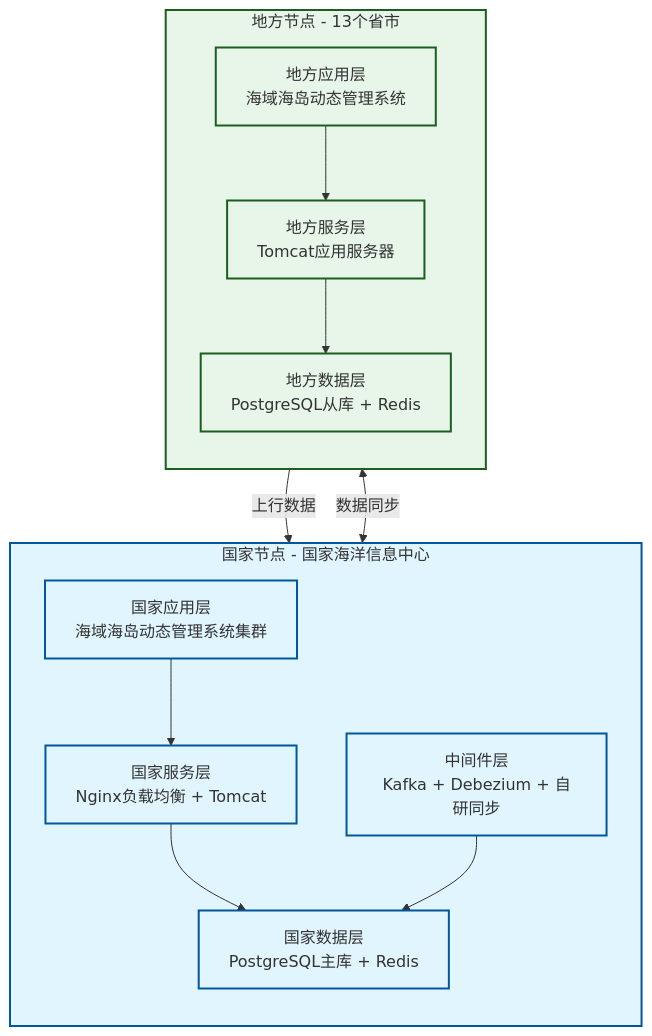
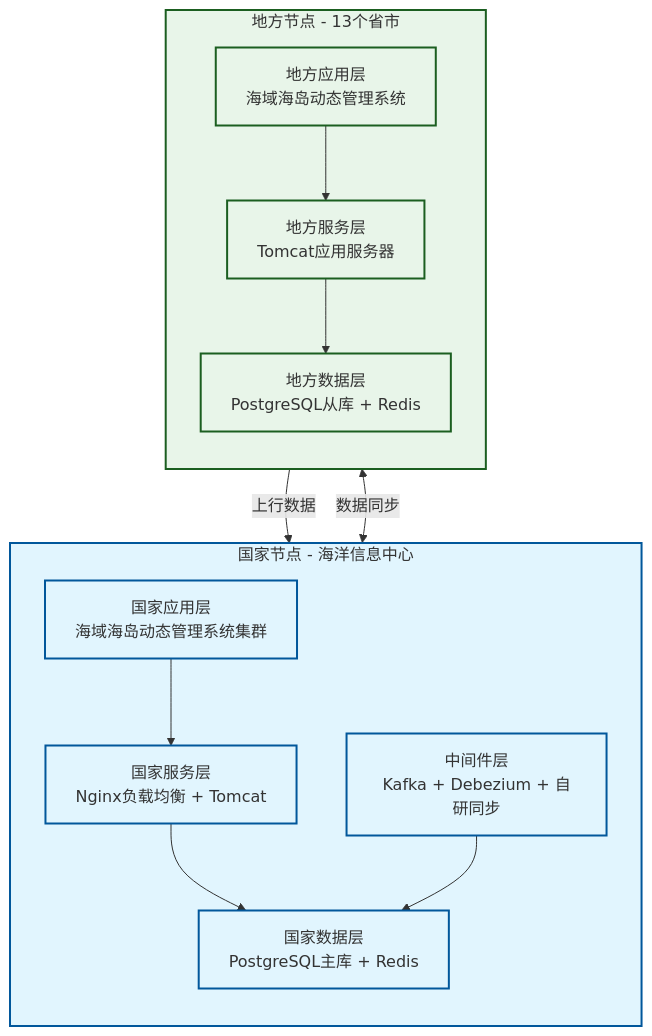
The diagram in all/未命名-1.md (MyJohn2/iodraw-files), drawn with Mermaid before and after one commit.

Commit message:
2026-03-03 15:07:38 update

````diff
--- a/all/未命名-1.md
+++ b/all/未命名-1.md
@@ -1,45 +1,45 @@
 ```mermaid
 flowchart TD
     %% 定义样式
     classDef nation fill:#e1f5fe,stroke:#01579b,stroke-width:2px;
     classDef network fill:#fff3e0,stroke:#e65100,stroke-width:2px,stroke-dasharray: 5 5;
     classDef local fill:#e8f5e9,stroke:#1b5e20,stroke-width:2px;
 
-    subgraph NationNode [国家节点 - 国家海洋信息中心]
+    subgraph NationNode [国家节点 - 海洋信息中心]
         direction TB
         A[国家应用层<br/>海域海岛动态管理系统集群]
         B[国家服务层<br/>Nginx负载均衡 + Tomcat]
         C[国家数据层<br/>PostgreSQL主库 + Redis]
         D[中间件层<br/>Kafka + Debezium + 自研同步]
         
         A --> B
         B --> C
         D --> C
     end
     
 
     
     subgraph LocalNode [地方节点 - 13个省市]
         direction TB
         F[地方应用层<br/>海域海岛动态管理系统]
         G[地方服务层<br/>Tomcat应用服务器]
         H[地方数据层<br/>PostgreSQL从库 + Redis]
         
         F --> G
         G --> H
     end
 
     %% 跨子图连接 (连接具体节点而非子图名称)
     D <-->|数据同步 | H
     H -->|上行数据 | D
 
     %% 应用样式
     class NationNode,A,B,C,D nation;
     class SecureNet,E network;
     class LocalNode,F,G,H local;
     
 
 
 
 
 ```
````
